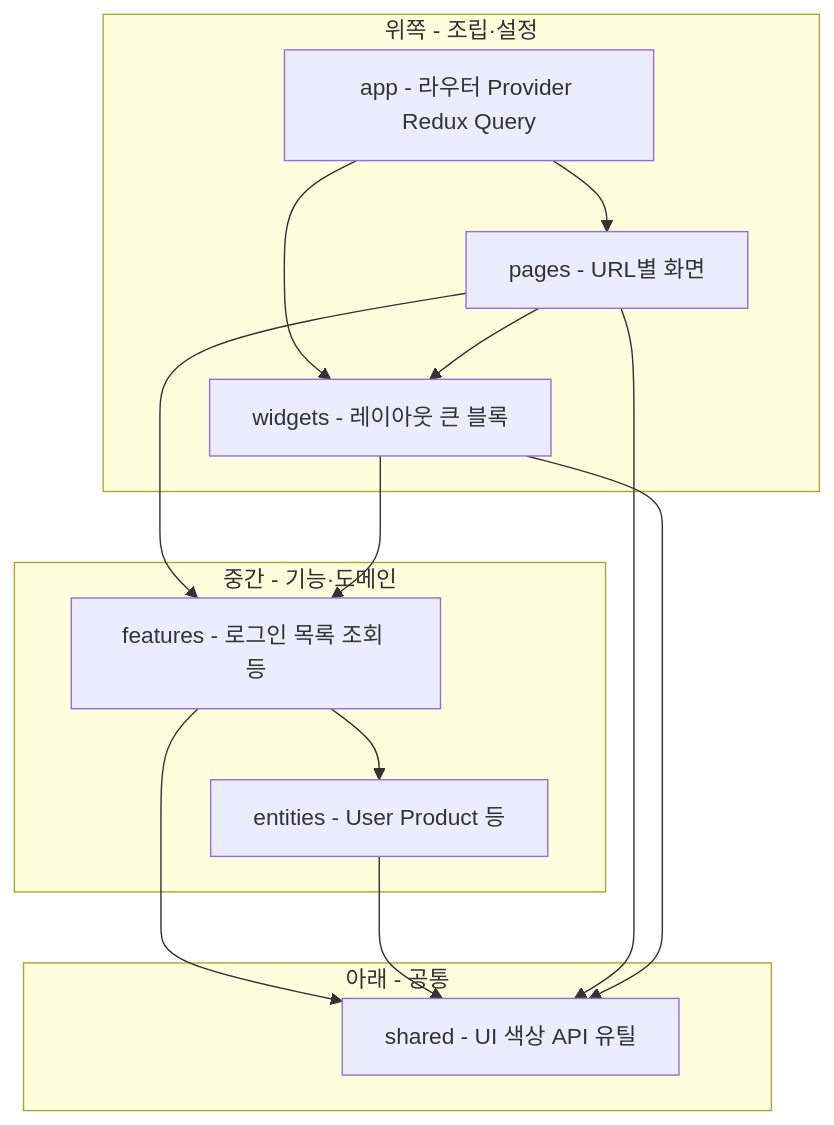
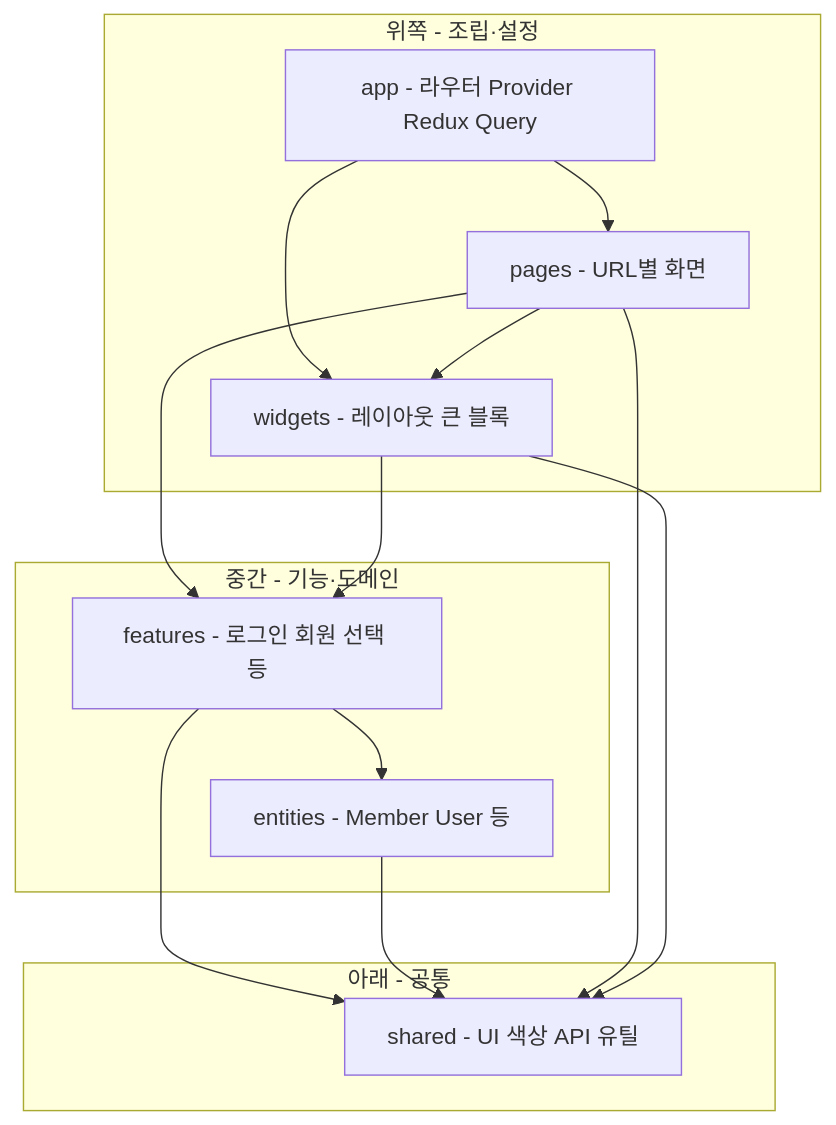
Before and after one commit to ezjing/react-template: the diagram in README.md, drawn with Mermaid. The commit also changed other lines of this file and 19 other files, not shown here.

````diff
--- a/README.md
+++ b/README.md
@@ -339,25 +339,25 @@
 ```mermaid
 flowchart TB
   subgraph upper [위쪽 - 조립·설정]
     app[app - 라우터 Provider Redux Query]
     pages[pages - URL별 화면]
     widgets[widgets - 레이아웃 큰 블록]
   end
   subgraph middle [중간 - 기능·도메인]
-    features[features - 로그인 목록 조회 등]
-    entities[entities - User Product 등]
+    features[features - 로그인 회원 선택 등]
+    entities[entities - Member User 등]
   end
   subgraph lower [아래 - 공통]
     shared[shared - UI 색상 API 유틸]
   end
   app --> pages
   app --> widgets
   pages --> widgets
   pages --> features
   widgets --> features
   features --> entities
   features --> shared
   entities --> shared
   pages --> shared
   widgets --> shared
 ```
````
